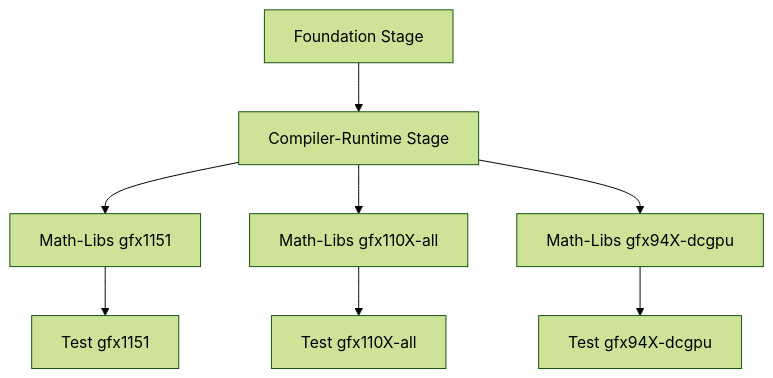
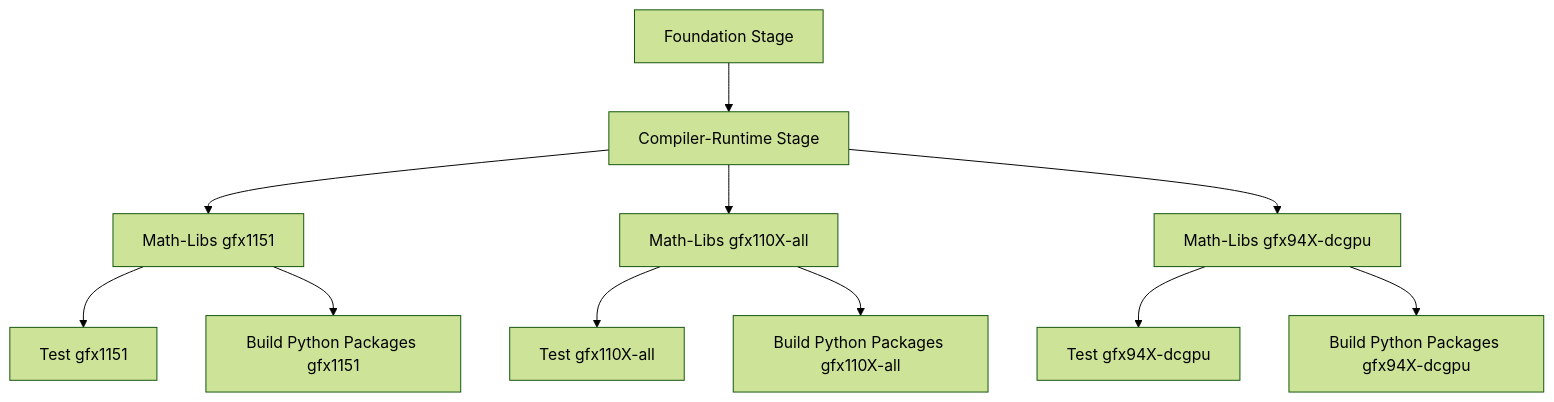
One commit to ROCm/TheRock changed the first of 4 diagrams in docs/development/ci_overview.md. Above: the diagram before and after it, drawn with Mermaid (forest theme). The commit also changed other lines of this file, not shown here.

````diff
--- a/docs/development/ci_overview.md
+++ b/docs/development/ci_overview.md
@@ -43,10 +20,13 @@
 ```mermaid
 graph TD
     A[Foundation Stage] --> B[Compiler-Runtime Stage]
     B --> C1[Math-Libs gfx1151]
     B --> C2[Math-Libs gfx110X-all]
     B --> C3[Math-Libs gfx94X-dcgpu]
-    C1 --> D[Test gfx1151]
-    C2 --> E[Test gfx110X-all]
-    C3 --> F[Test gfx94X-dcgpu]
+    C1 --> D1[Test gfx1151]
+    C2 --> D2[Test gfx110X-all]
+    C3 --> D3[Test gfx94X-dcgpu]
+    C1 --> E1[Build Python Packages gfx1151]
+    C2 --> E2[Build Python Packages gfx110X-all]
+    C3 --> E3[Build Python Packages gfx94X-dcgpu]
 ```
````
